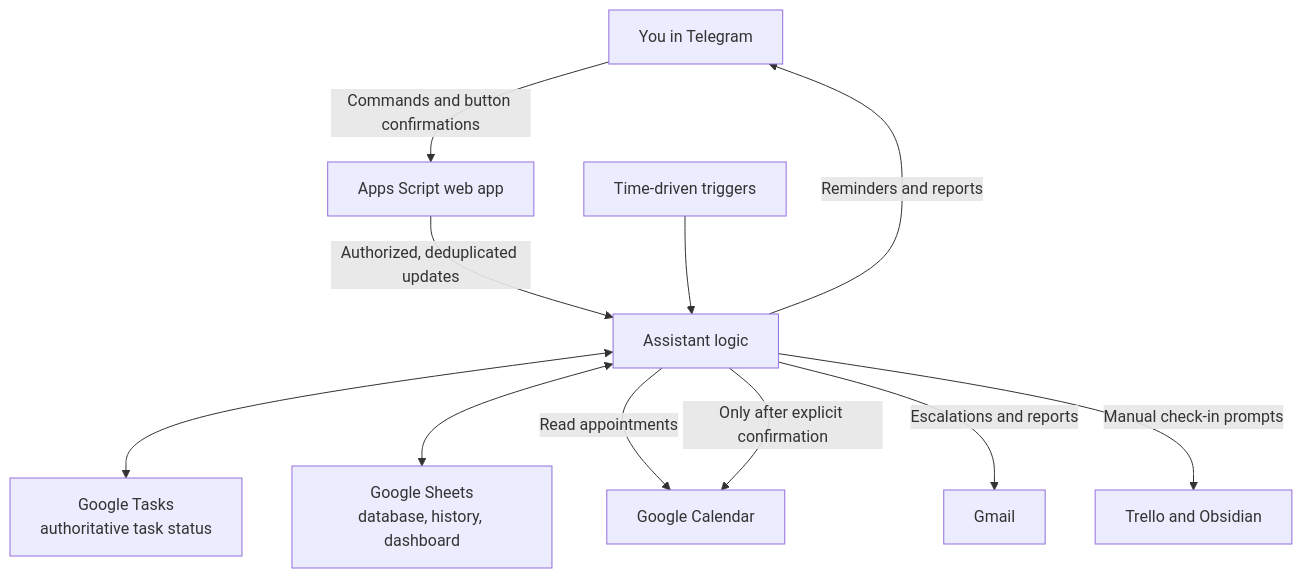
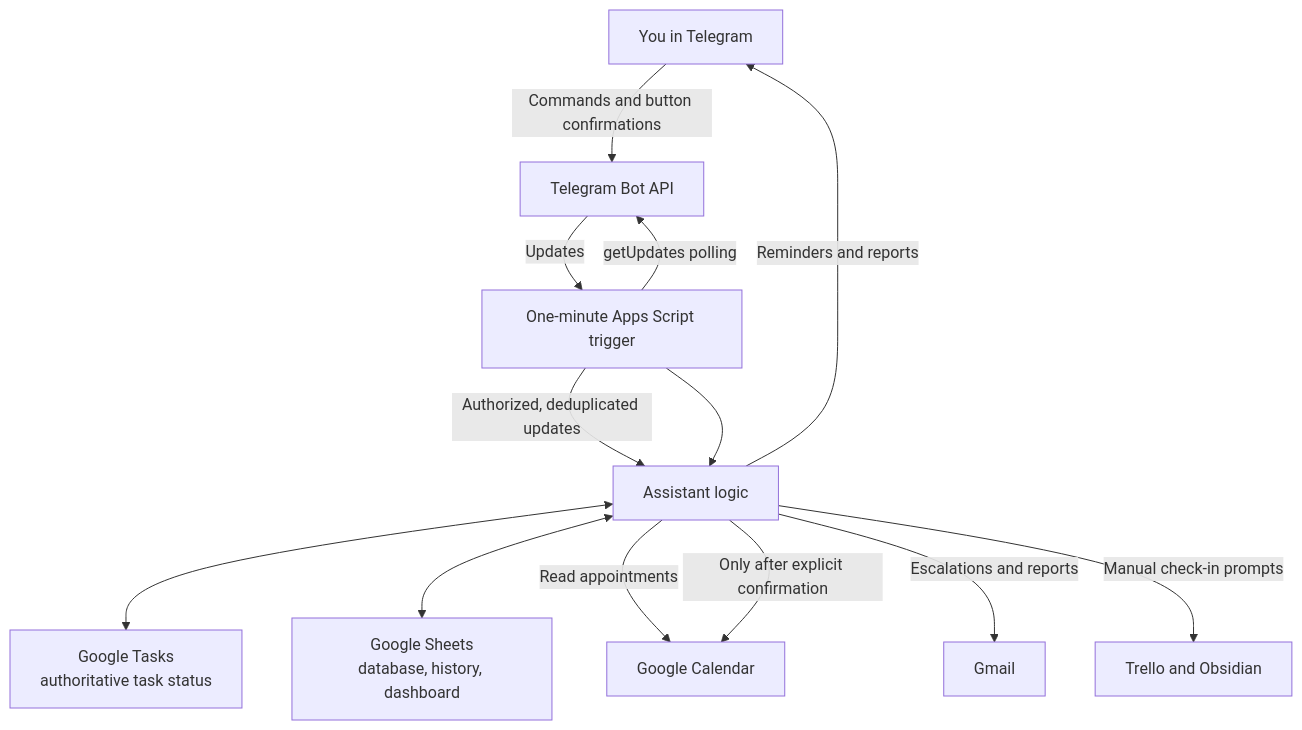
The diagram in README.md (mhishameg-lab/Tasks-Manager-Google-Products-focused), drawn with Mermaid before and after one commit. The commit also changed other lines of this file and 4 other files, not shown here.

Commit message:
Switch Telegram delivery to Apps Script polling

````diff
--- a/README.md
+++ b/README.md
@@ -7,13 +7,15 @@
 ```mermaid
 flowchart TD
-    U[You in Telegram] -->|Commands and button confirmations| W[Apps Script web app]
-    W -->|Authorized, deduplicated updates| A[Assistant logic]
+    U[You in Telegram] -->|Commands and button confirmations| TGB[Telegram Bot API]
+    P[One-minute Apps Script trigger] -->|getUpdates polling| TGB
+    TGB -->|Updates| P
+    P -->|Authorized, deduplicated updates| A[Assistant logic]
     A <--> T[Google Tasks<br/>authoritative task status]
     A <--> S[Google Sheets<br/>database, history, dashboard]
     A -->|Read appointments| C[Google Calendar]
     A -->|Only after explicit confirmation| C
     A -->|Reminders and reports| U
     A -->|Escalations and reports| G[Gmail]
     A -->|Manual check-in prompts| M[Trello and Obsidian]
-    P[Time-driven triggers] --> A
+    P --> A
 ```
````
